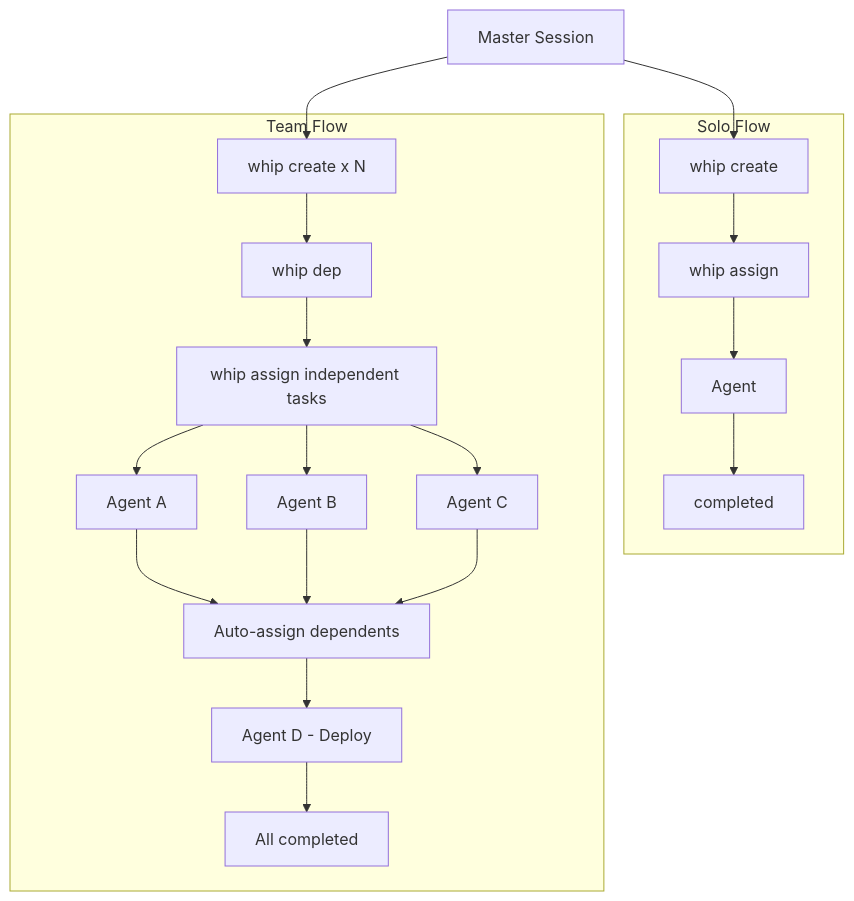
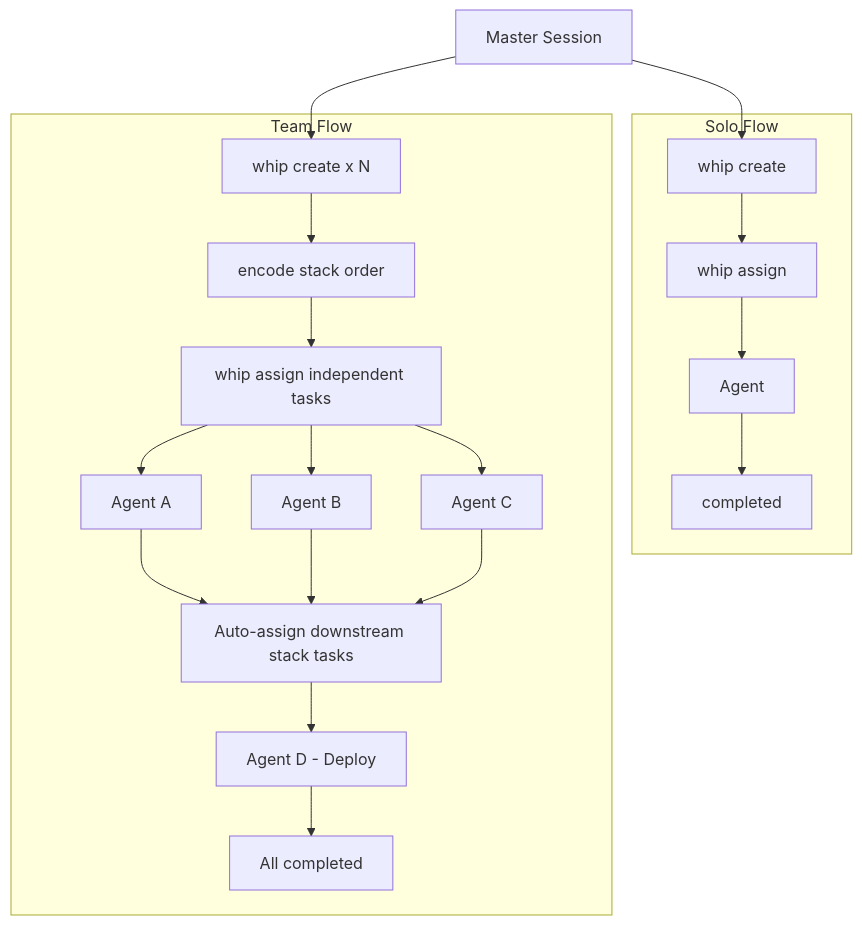
Before and after one commit to DongGukMon/ai-tools: the second of 3 diagrams in whip/docs/workflow-en.md, drawn with Mermaid. The commit also changed other lines of this file and 14 other files, not shown here.

Commit message:
docs(whip): align stack terminology across ui and guides

````diff
--- a/whip/docs/workflow-en.md
+++ b/whip/docs/workflow-en.md
@@ -284,26 +284,26 @@
 ```mermaid
 flowchart TB
     Master[Master Session]
 
     subgraph "Solo Flow"
         S_Create[whip create] --> S_Assign[whip assign]
         S_Assign --> S_Agent[Agent]
         S_Agent --> S_Done[completed]
     end
 
     subgraph "Team Flow"
-        T_Create[whip create x N] --> T_Dep[whip dep]
+        T_Create[whip create x N] --> T_Dep[encode stack order]
         T_Dep --> T_Assign[whip assign independent tasks]
         T_Assign --> T_A1[Agent A]
         T_Assign --> T_A2[Agent B]
         T_Assign --> T_A3[Agent C]
-        T_A1 --> T_Auto[Auto-assign dependents]
+        T_A1 --> T_Auto[Auto-assign downstream stack tasks]
         T_A2 --> T_Auto
         T_A3 --> T_Auto
         T_Auto --> T_A4[Agent D - Deploy]
         T_A4 --> T_Done[All completed]
     end
 
     Master --> S_Create
     Master --> T_Create
 ```
````
